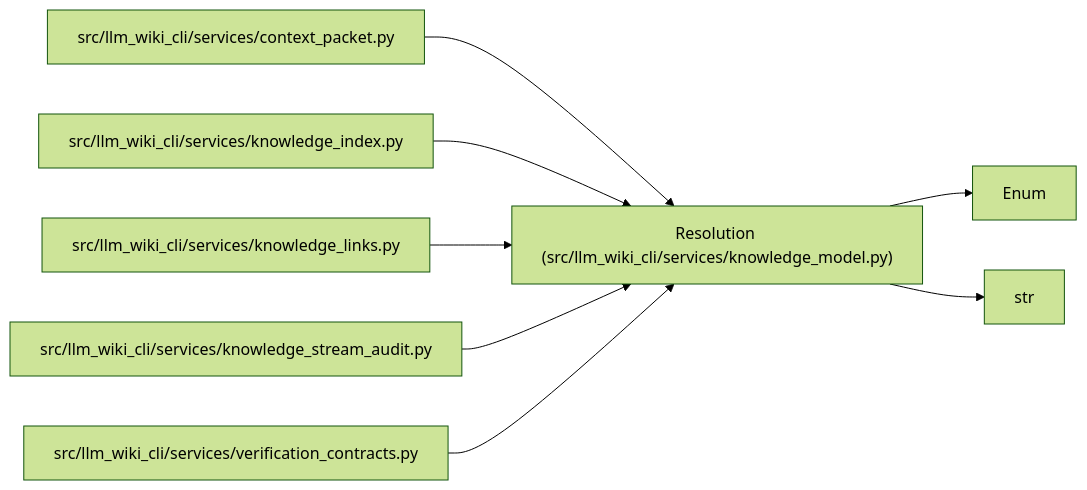
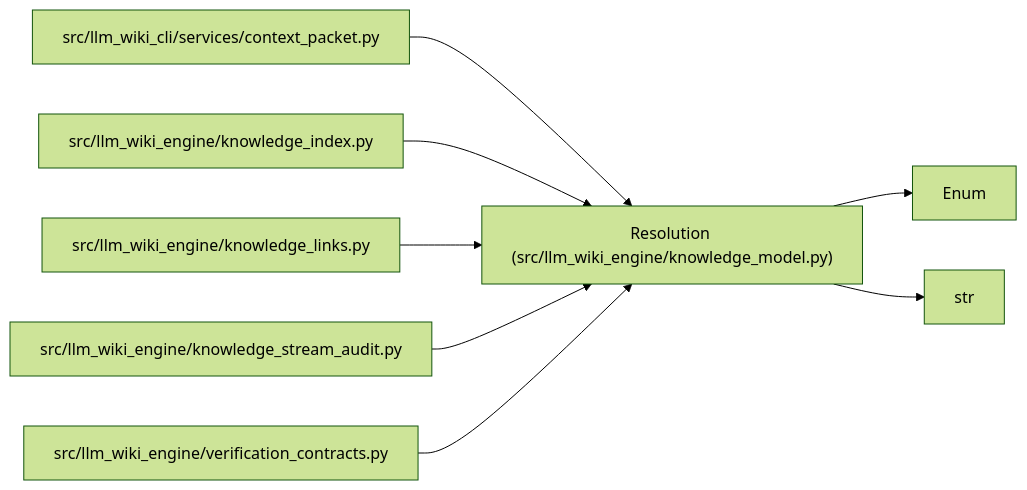
Before and after one commit to Denissvgn/python-wiki-llm: the diagram in docs/llm_wiki/entities/Resolution.md, drawn with Mermaid (forest theme). The commit also changed other lines of this file and 1058 other files, not shown here.

First line of the commit message:
docs: refresh the wiki for the knowledge store move

````diff
--- a/docs/llm_wiki/entities/Resolution.md
+++ b/docs/llm_wiki/entities/Resolution.md
@@ -28,24 +28,24 @@
 ```mermaid
 flowchart LR
-    n0["Resolution (src/llm_wiki_cli/services/knowledge_model.py)"]
+    n0["Resolution (src/llm_wiki_engine/knowledge_model.py)"]
     n1["Enum"]
     n2["str"]
     n3["src/llm_wiki_cli/services/context_packet.py"]
-    n4["src/llm_wiki_cli/services/knowledge_index.py"]
-    n5["src/llm_wiki_cli/services/knowledge_links.py"]
-    n6["src/llm_wiki_cli/services/knowledge_stream_audit.py"]
-    n7["src/llm_wiki_cli/services/verification_contracts.py"]
+    n4["src/llm_wiki_engine/knowledge_index.py"]
+    n5["src/llm_wiki_engine/knowledge_links.py"]
+    n6["src/llm_wiki_engine/knowledge_stream_audit.py"]
+    n7["src/llm_wiki_engine/verification_contracts.py"]
     n0 --> n1
     n0 --> n2
     n3 --> n0
     n4 --> n0
     n5 --> n0
     n6 --> n0
     n7 --> n0
     click n0 "../modules/knowledge_model.md"
     click n3 "../modules/context_packet.md"
     click n4 "../modules/knowledge_index.md"
     click n5 "../modules/knowledge_links.md"
     click n6 "../modules/knowledge_stream_audit.md"
     click n7 "../modules/verification_contracts.md"
 ```
````
